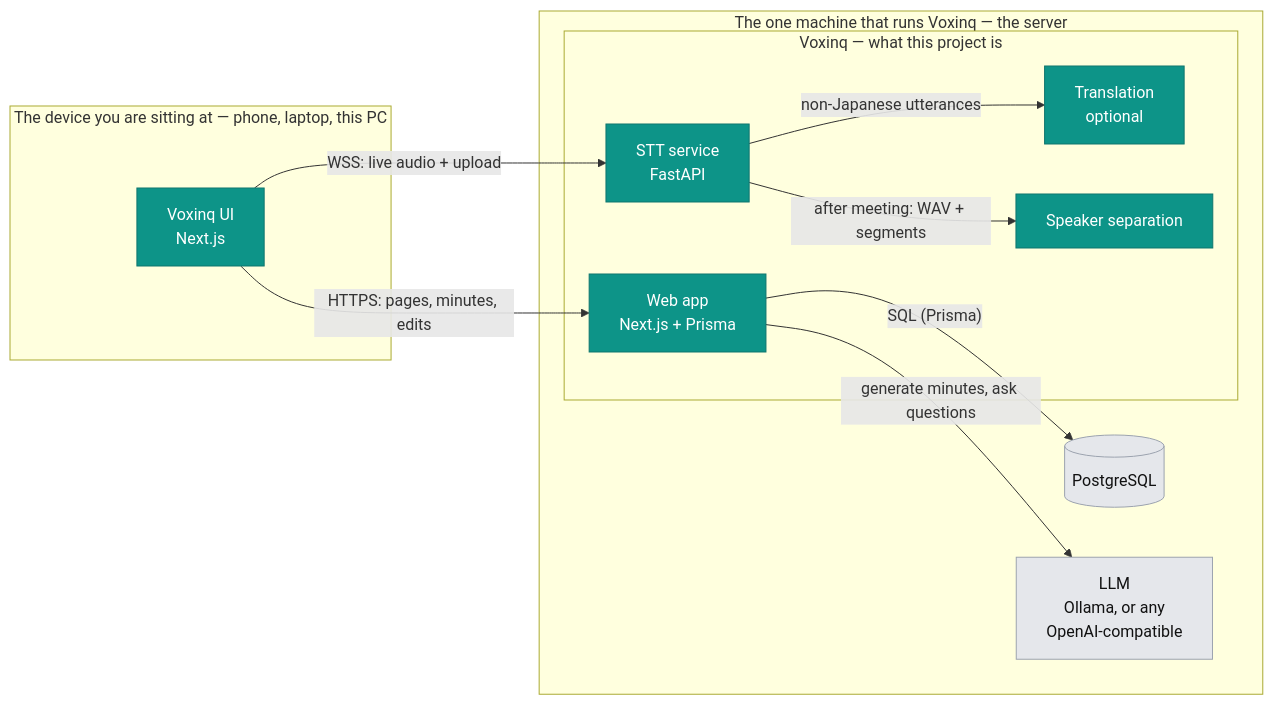
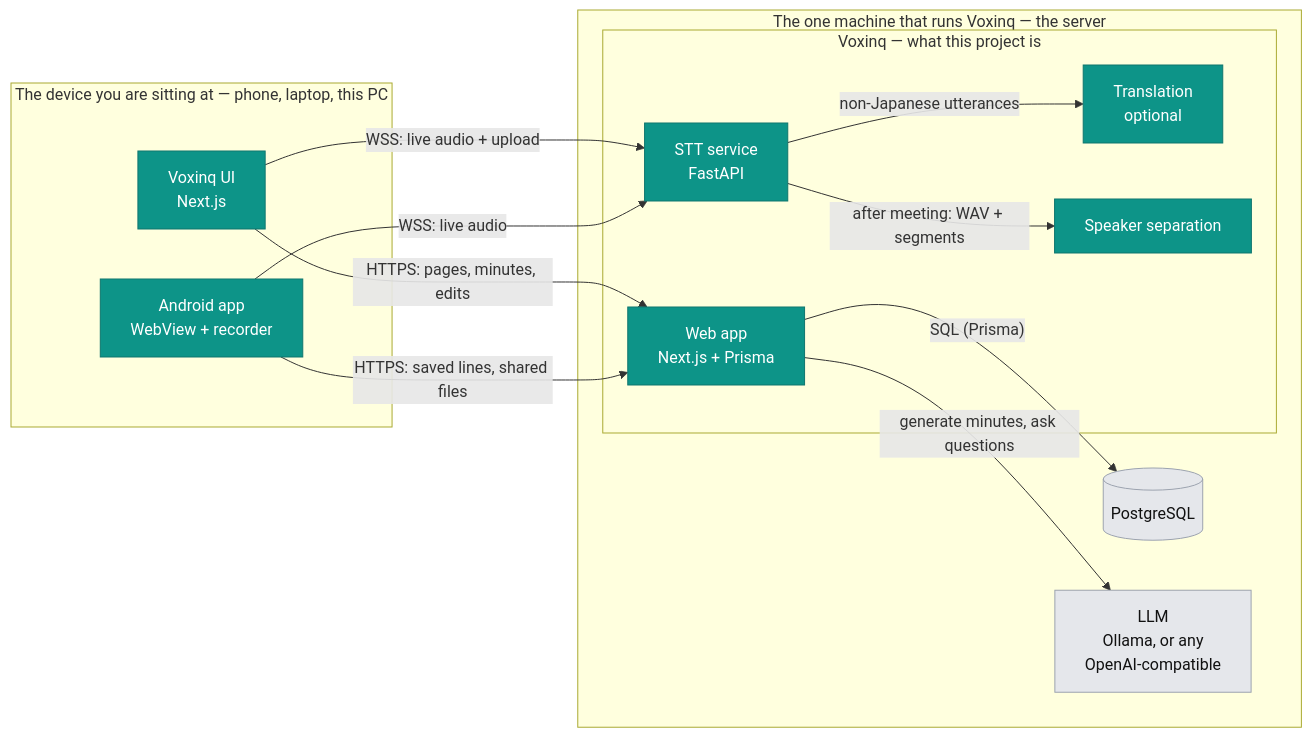
One commit to ikasast/voxinq-meeting changed the diagram in docs/architecture.md. Above: the diagram before and after it, drawn with Mermaid. The commit also changed other lines of this file and 12 other files, not shown here.

````diff
--- a/docs/architecture.md
+++ b/docs/architecture.md
@@ -3,28 +3,31 @@
 ```mermaid
 flowchart LR
   subgraph Browser["The device you are sitting at — phone, laptop, this PC"]
     UI["Voxinq UI<br/>Next.js"]
+    APP["Android app<br/>WebView + recorder"]
   end
   subgraph Host["The one machine that runs Voxinq — the server"]
     subgraph Vox["Voxinq — what this project is"]
       Web["Web app<br/>Next.js + Prisma"]
       STT["STT service<br/>FastAPI"]
       TR["Translation<br/>optional"]
       DIA["Speaker separation"]
     end
     DB[("PostgreSQL")]
     LLM["LLM<br/>Ollama, or any<br/>OpenAI-compatible"]
   end
 
   UI -- "HTTPS: pages, minutes, edits" --> Web
   UI -- "WSS: live audio + upload" --> STT
+  APP -- "WSS: live audio" --> STT
+  APP -- "HTTPS: saved lines, shared files" --> Web
   Web -- "SQL (Prisma)" --> DB
   Web -- "generate minutes, ask questions" --> LLM
   STT -- "non-Japanese utterances" --> TR
   STT -- "after meeting: WAV + segments" --> DIA
 
   classDef own fill:#0d9488,stroke:#0f766e,color:#fff
   classDef ext fill:#e5e7eb,stroke:#9ca3af,color:#111
-  class UI,Web,STT,TR,DIA own
+  class UI,APP,Web,STT,TR,DIA own
   class DB,LLM ext
 ```
````
